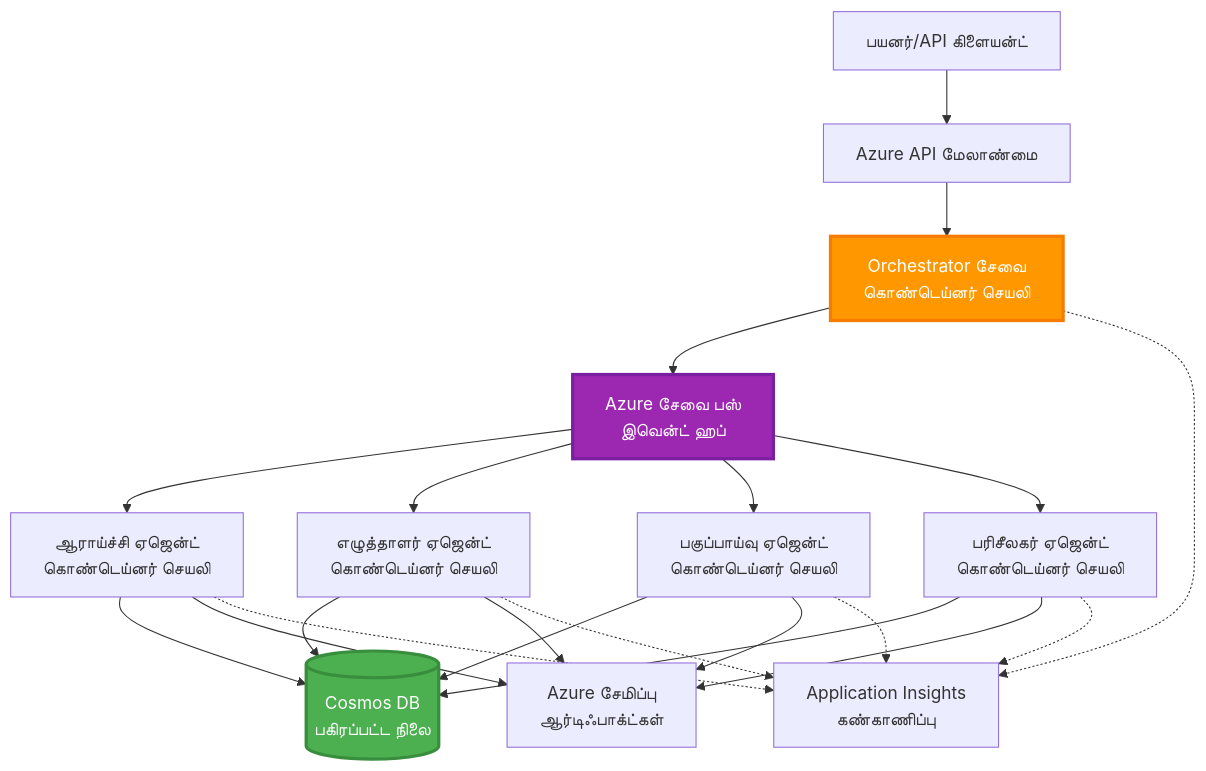
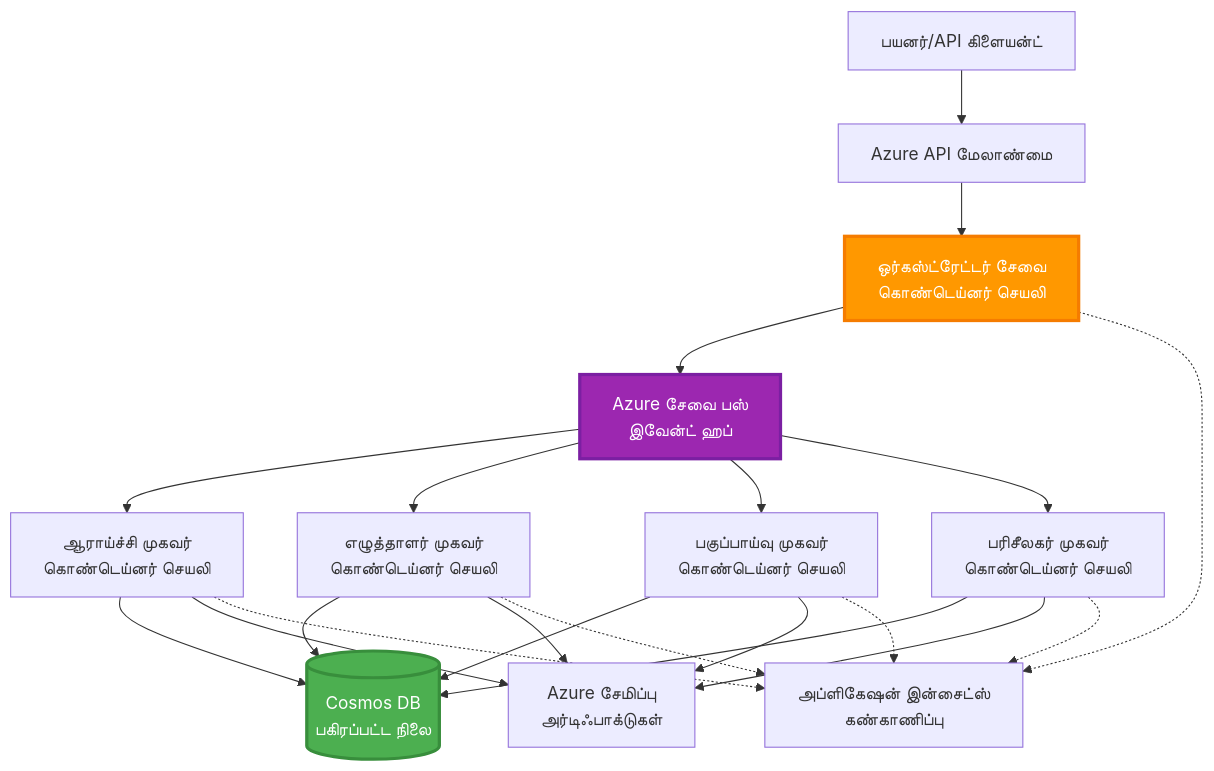
Before and after one commit to microsoft/AZD-for-beginners: the fifth of 5 diagrams in translations/ta/docs/chapter-06-pre-deployment/coordination-patterns.md, drawn with Mermaid. The commit also changed other lines of this file and 101 other files, not shown here.

````diff
--- a/translations/ta/docs/chapter-06-pre-deployment/coordination-patterns.md
+++ b/translations/ta/docs/chapter-06-pre-deployment/coordination-patterns.md
@@ -272,45 +265,45 @@
 ```mermaid
 graph TB
     User[பயனர்/API கிளையன்ட்]
     APIM[Azure API மேலாண்மை]
-    Orchestrator[Orchestrator சேவை<br/>கொண்டெய்னர் செயலி]
-    ServiceBus[Azure சேவை பஸ்<br/>இவென்ட் ஹப்]
+    Orchestrator[ஒர்கஸ்ட்ரேட்டர் சேவை<br/>கொண்டெய்னர் செயலி]
+    ServiceBus[Azure சேவை பஸ்<br/>இவேன்ட் ஹப்]
     
-    Agent1[ஆராய்ச்சி ஏஜென்ட்<br/>கொண்டெய்னர் செயலி]
-    Agent2[எழுத்தாளர் ஏஜென்ட்<br/>கொண்டெய்னர் செயலி]
-    Agent3[பகுப்பாய்வு ஏஜென்ட்<br/>கொண்டெய்னர் செயலி]
-    Agent4[பரிசீலகர் ஏஜென்ட்<br/>கொண்டெய்னர் செயலி]
+    Agent1[ஆராய்ச்சி முகவர்<br/>கொண்டெய்னர் செயலி]
+    Agent2[எழுத்தாளர் முகவர்<br/>கொண்டெய்னர் செயலி]
+    Agent3[பகுப்பாய்வு முகவர்<br/>கொண்டெய்னர் செயலி]
+    Agent4[பரிசீலகர் முகவர்<br/>கொண்டெய்னர் செயலி]
     
     CosmosDB[(Cosmos DB<br/>பகிரப்பட்ட நிலை)]
-    Storage[Azure சேமிப்பு<br/>ஆர்டிஃபாக்ட்கள்]
-    AppInsights[Application Insights<br/>கண்காணிப்பு]
+    Storage[Azure சேமிப்பு<br/>அர்டிஃபாக்டுகள்]
+    AppInsights[அப்ளிகேஷன் இன்சைட்ஸ்<br/>கண்காணிப்பு]
     
     User --> APIM
     APIM --> Orchestrator
     
     Orchestrator --> ServiceBus
     ServiceBus --> Agent1
     ServiceBus --> Agent2
     ServiceBus --> Agent3
     ServiceBus --> Agent4
     
     Agent1 --> CosmosDB
     Agent2 --> CosmosDB
     Agent3 --> CosmosDB
     Agent4 --> CosmosDB
     
     Agent1 --> Storage
     Agent2 --> Storage
     Agent3 --> Storage
     Agent4 --> Storage
     
     Orchestrator -.-> AppInsights
     Agent1 -.-> AppInsights
     Agent2 -.-> AppInsights
     Agent3 -.-> AppInsights
     Agent4 -.-> AppInsights
     
     style Orchestrator fill:#FF9800,stroke:#F57C00,stroke-width:3px,color:#fff
     style ServiceBus fill:#9C27B0,stroke:#7B1FA2,stroke-width:3px,color:#fff
     style CosmosDB fill:#4CAF50,stroke:#388E3C,stroke-width:3px,color:#fff
 ```
````
